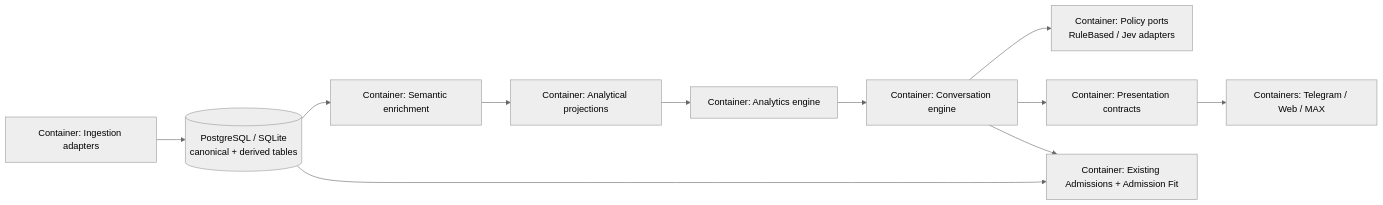
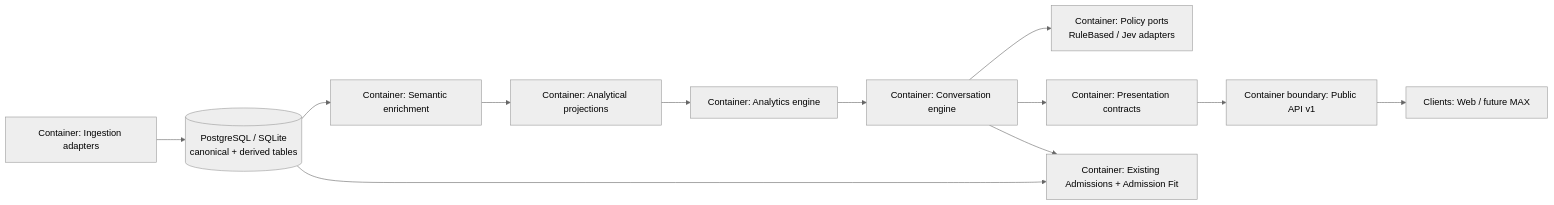
The diagram in .ai-factory/research/universal-educational-analytics/C4-CONTAINER.md (artemnoor/andromeda), drawn with Mermaid (neutral theme) before and after one commit. The commit also changed other lines of this file and 120 other files, not shown here.

First line of the commit message:
feat(api): add Public API v1 and DATA-API contract

````diff
--- a/.ai-factory/research/universal-educational-analytics/C4-CONTAINER.md
+++ b/.ai-factory/research/universal-educational-analytics/C4-CONTAINER.md
@@ -8,14 +8,15 @@
 ```mermaid
 flowchart LR
     ingestion["Container: Ingestion adapters"] --> canonical["Container: Canonical storage"]
     canonical --> semantic["Container: Semantic enrichment"]
     semantic --> projection["Container: Analytical projections"]
     projection --> analytics["Container: Analytics engine"]
     analytics --> conversation["Container: Conversation engine"]
     conversation --> policies["Container: Policy ports\nRuleBased / Jev adapters"]
     conversation --> presentation["Container: Presentation contracts"]
-    presentation --> channels["Containers: Telegram / Web / MAX"]
+    presentation --> public["Container boundary: Public API v1"]
+    public --> clients["Clients: Web / future MAX"]
     canonical --> admissions["Container: Existing Admissions + Admission Fit"]
     conversation --> admissions
     canonical[("PostgreSQL / SQLite\ncanonical + derived tables")]
 ```
````
